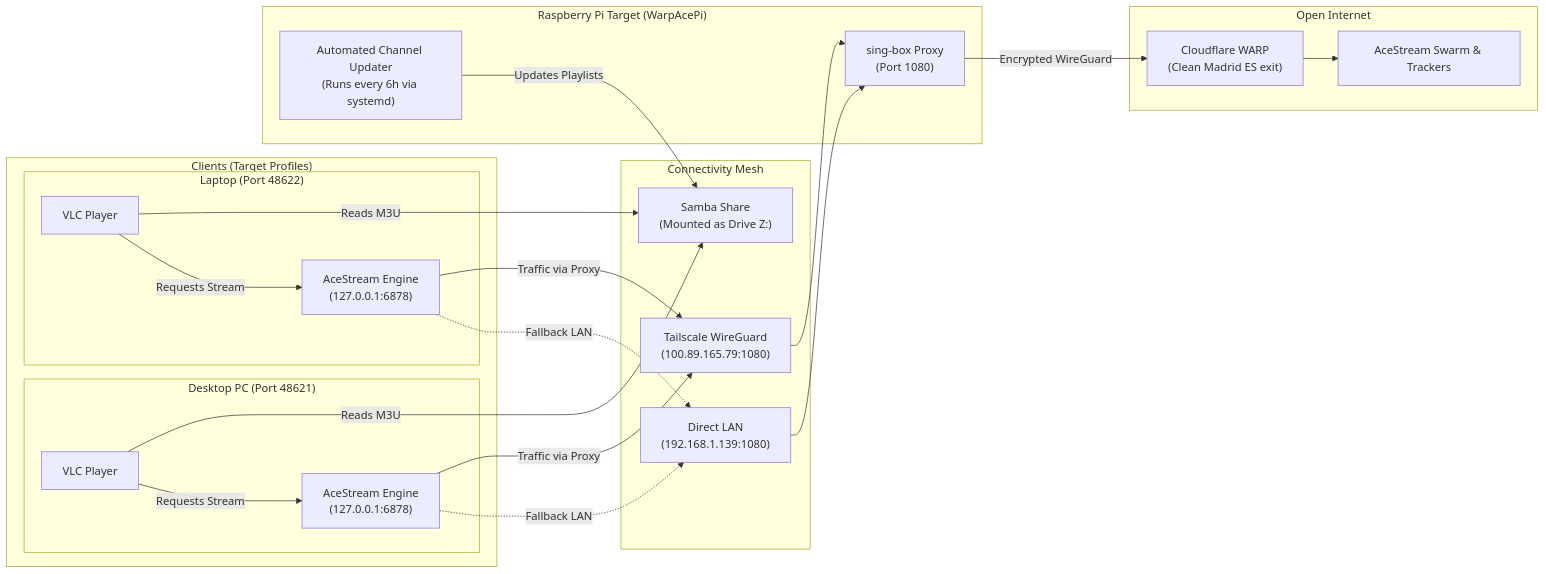
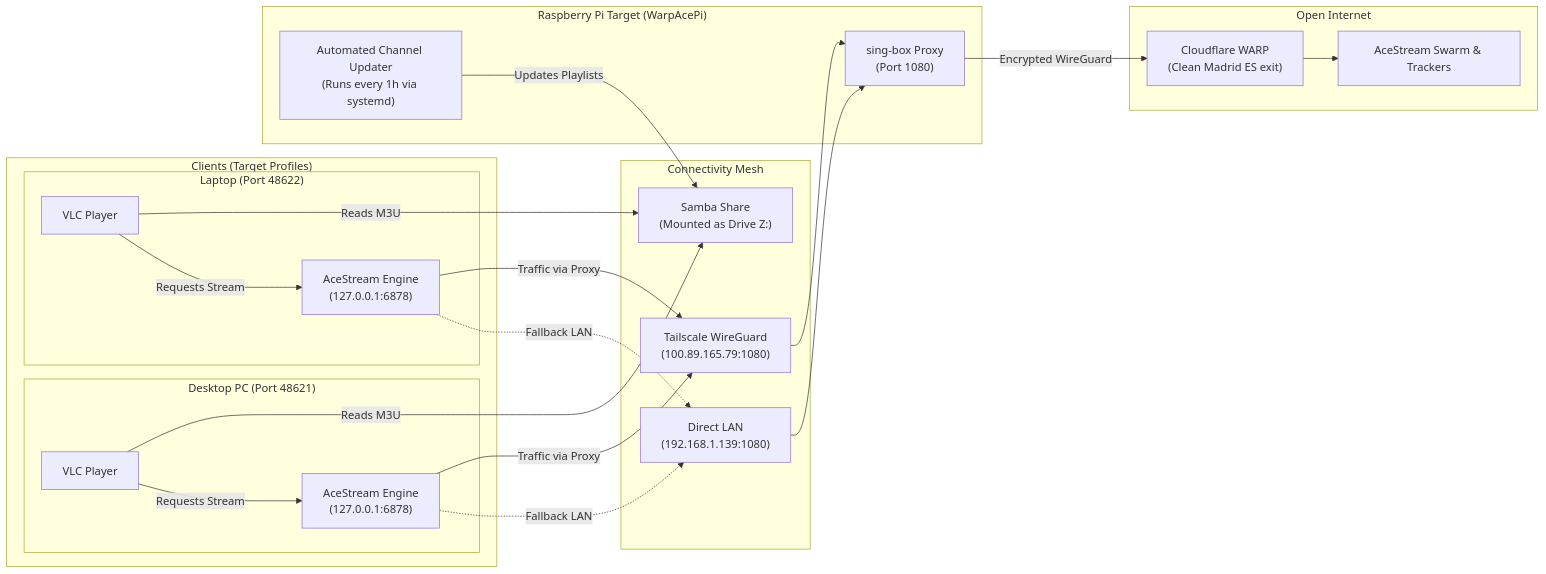
The diagram in README.md (hvepo/acestream-warp-bridge), drawn with Mermaid before and after one commit. The commit also changed other lines of this file and 2 other files, not shown here.

Commit message:
feat(rpi): set automatic playlist update frequency to every 1 hour

````diff
--- a/README.md
+++ b/README.md
@@ -34,43 +34,43 @@
 ```mermaid
 flowchart LR
     subgraph Clients ["Clients (Target Profiles)"]
         subgraph DT ["Desktop PC (Port 48621)"]
             VLC1["VLC Player"]
             A1["AceStream Engine\n(127.0.0.1:6878)"]
         end
         subgraph LT ["Laptop (Port 48622)"]
             VLC2["VLC Player"]
             A2["AceStream Engine\n(127.0.0.1:6878)"]
         end
     end
 
     subgraph Network ["Connectivity Mesh"]
         T["Tailscale WireGuard\n(100.89.165.79:1080)"]
         L["Direct LAN\n(192.168.1.139:1080)"]
         SMB["Samba Share\n(Mounted as Drive Z:)"]
     end
 
     subgraph RPi ["Raspberry Pi Target (WarpAcePi)"]
         S["sing-box Proxy\n(Port 1080)"]
-        P["Automated Channel Updater\n(Runs every 6h via systemd)"]
+        P["Automated Channel Updater\n(Runs every 1h via systemd)"]
     end
 
     subgraph Internet ["Open Internet"]
         CF["Cloudflare WARP\n(Clean Madrid ES exit)"]
         P2P["AceStream Swarm & Trackers"]
     end
 
     VLC1 -->|"Reads M3U"| SMB
     VLC2 -->|"Reads M3U"| SMB
     VLC1 -->|"Requests Stream"| A1
     VLC2 -->|"Requests Stream"| A2
     A1 -->|"Traffic via Proxy"| T
     A2 -->|"Traffic via Proxy"| T
     A1 -.->|"Fallback LAN"| L
     A2 -.->|"Fallback LAN"| L
     T --> S
     L --> S
     S -->|"Encrypted WireGuard"| CF
     CF --> P2P
     P -->|"Updates Playlists"| SMB
 ```
````
